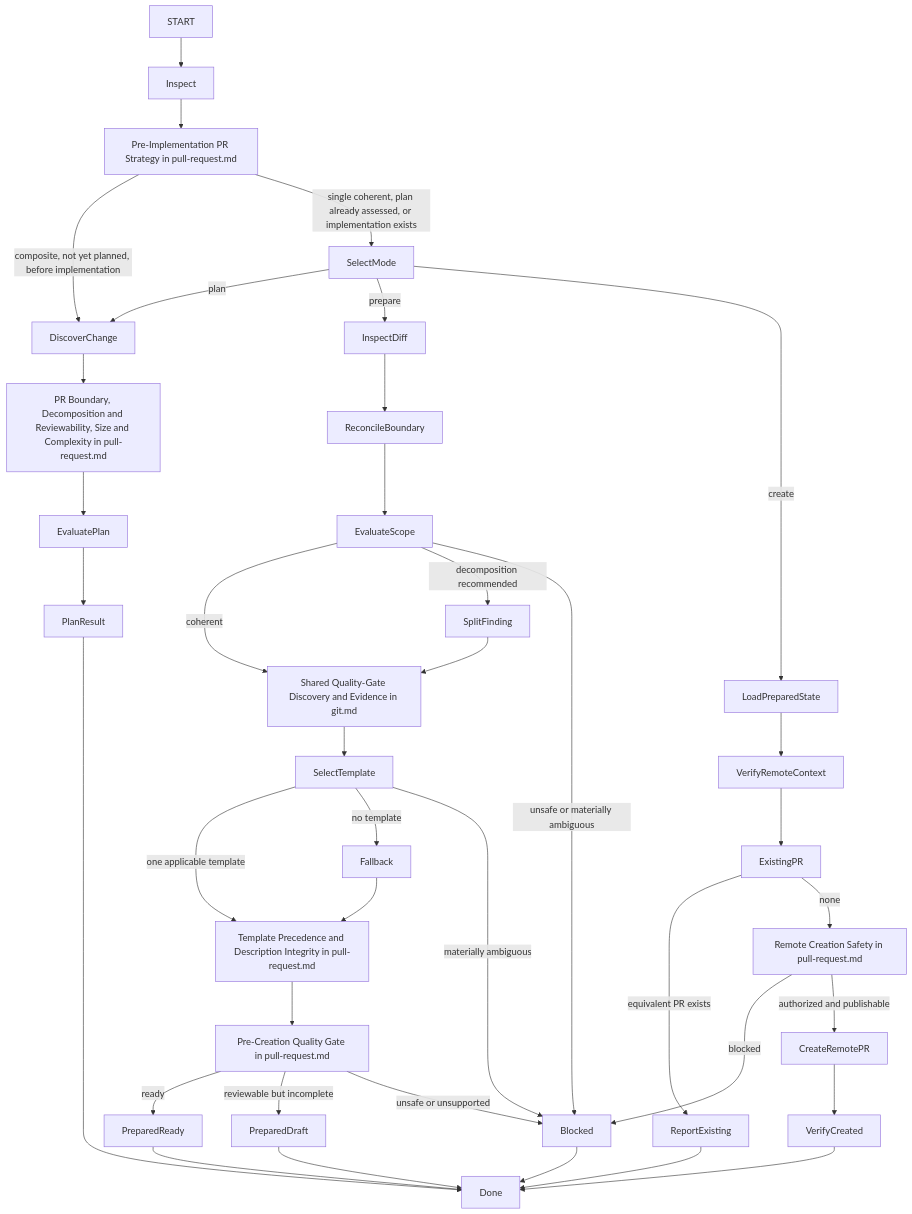
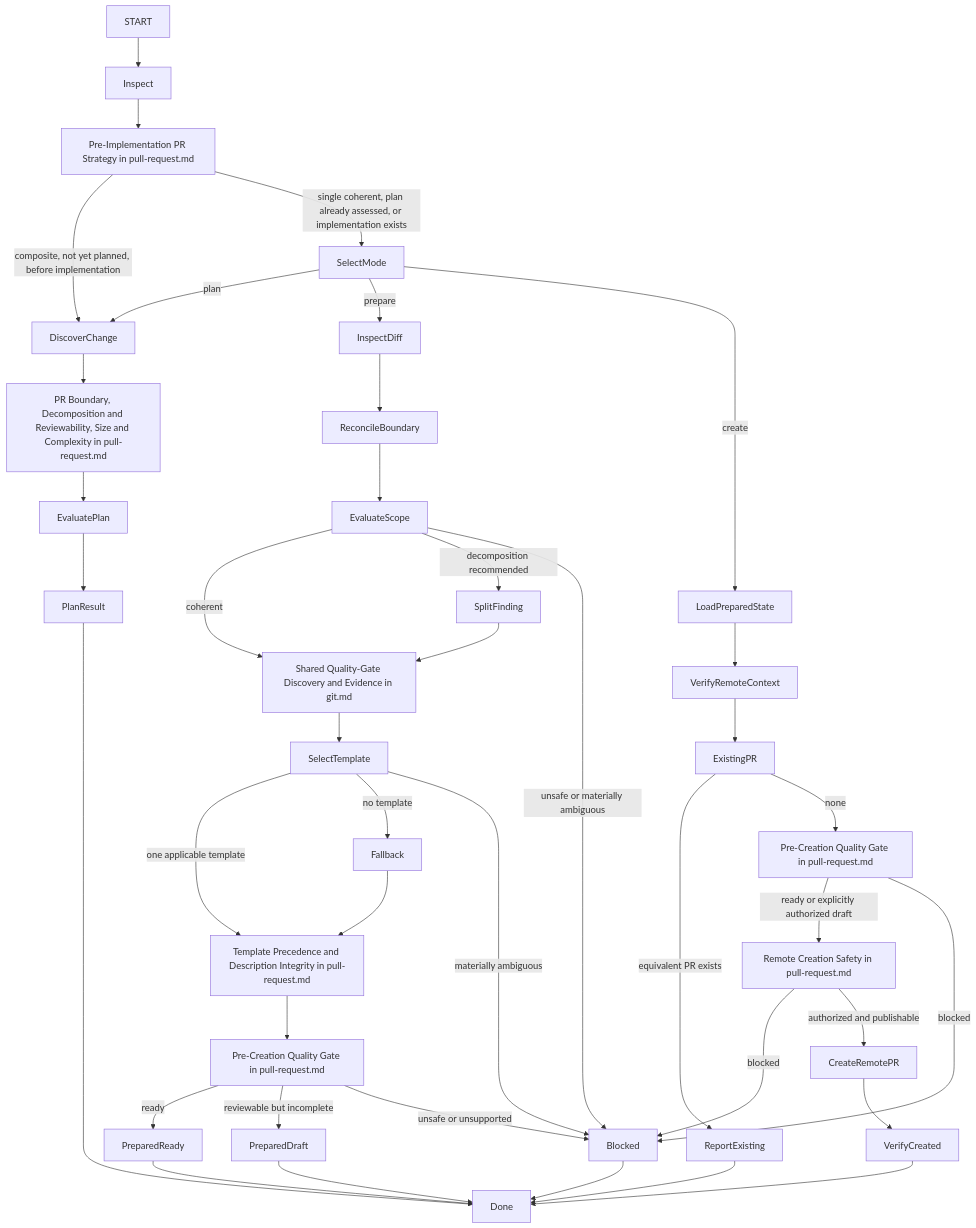
The diagram in contexts/git/skills/manage-pull-request/SKILL.md (JadsonLucena/agent-toolkit), drawn with Mermaid before and after one commit. The commit also changed 2 other files, not shown here.

Commit message:
fix(git): allow PR requests to initiate missing advisory review

````diff
--- a/contexts/git/skills/manage-pull-request/SKILL.md
+++ b/contexts/git/skills/manage-pull-request/SKILL.md
@@ -59,51 +59,53 @@
 ```mermaid
 flowchart TD
     START --> Inspect
     Inspect --> AssessStrategy["Pre-Implementation PR Strategy in pull-request.md"]
     AssessStrategy -->|composite, not yet planned, before implementation| DiscoverChange
     AssessStrategy -->|single coherent, plan already assessed, or implementation exists| SelectMode
 
     SelectMode -->|plan| DiscoverChange
     DiscoverChange --> BuildBoundaries["PR Boundary, Decomposition and Reviewability, Size and Complexity in pull-request.md"]
     BuildBoundaries --> EvaluatePlan
     EvaluatePlan --> PlanResult
 
     SelectMode -->|prepare| InspectDiff
     InspectDiff --> ReconcileBoundary
     ReconcileBoundary --> EvaluateScope
 
     EvaluateScope -->|coherent| Verify["Shared Quality-Gate Discovery and Evidence in git.md"]
     EvaluateScope -->|decomposition recommended| SplitFinding
     EvaluateScope -->|unsafe or materially ambiguous| Blocked
 
     SplitFinding --> Verify
 
     Verify --> SelectTemplate
     SelectTemplate -->|one applicable template| Describe["Template Precedence and Description Integrity in pull-request.md"]
     SelectTemplate -->|no template| Fallback
     SelectTemplate -->|materially ambiguous| Blocked
     Fallback --> Describe
     Describe --> Gate["Pre-Creation Quality Gate in pull-request.md"]
 
     Gate -->|ready| PreparedReady
     Gate -->|reviewable but incomplete| PreparedDraft
     Gate -->|unsafe or unsupported| Blocked
 
     SelectMode -->|create| LoadPreparedState
     LoadPreparedState --> VerifyRemoteContext
     VerifyRemoteContext --> ExistingPR
 
     ExistingPR -->|equivalent PR exists| ReportExisting
-    ExistingPR -->|none| CreationGate["Remote Creation Safety in pull-request.md"]
+    ExistingPR -->|none| CreationEvidence["Pre-Creation Quality Gate in pull-request.md"]
+    CreationEvidence -->|ready or explicitly authorized draft| CreationGate["Remote Creation Safety in pull-request.md"]
+    CreationEvidence -->|blocked| Blocked
 
     CreationGate -->|blocked| Blocked
     CreationGate -->|authorized and publishable| CreateRemotePR
     CreateRemotePR --> VerifyCreated
     VerifyCreated --> Done
 
     PlanResult --> Done
     PreparedReady --> Done
     PreparedDraft --> Done
     ReportExisting --> Done
     Blocked --> Done
 ```
````
